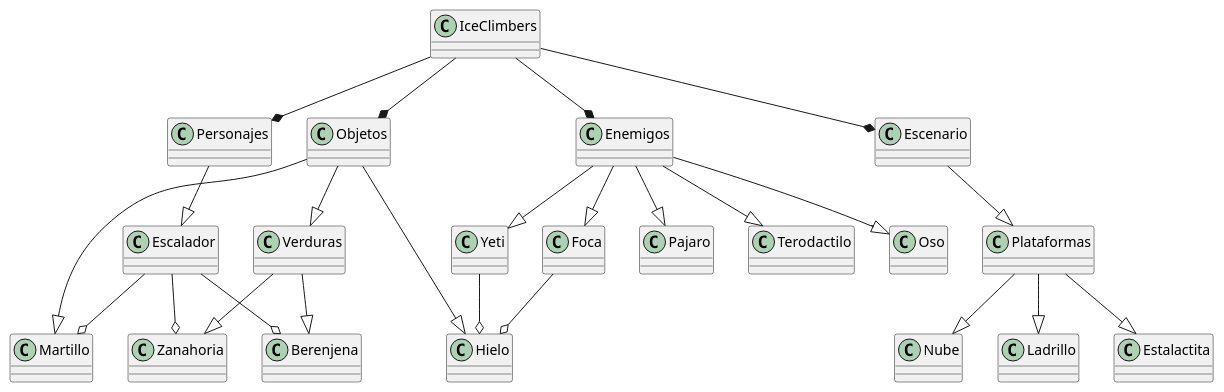
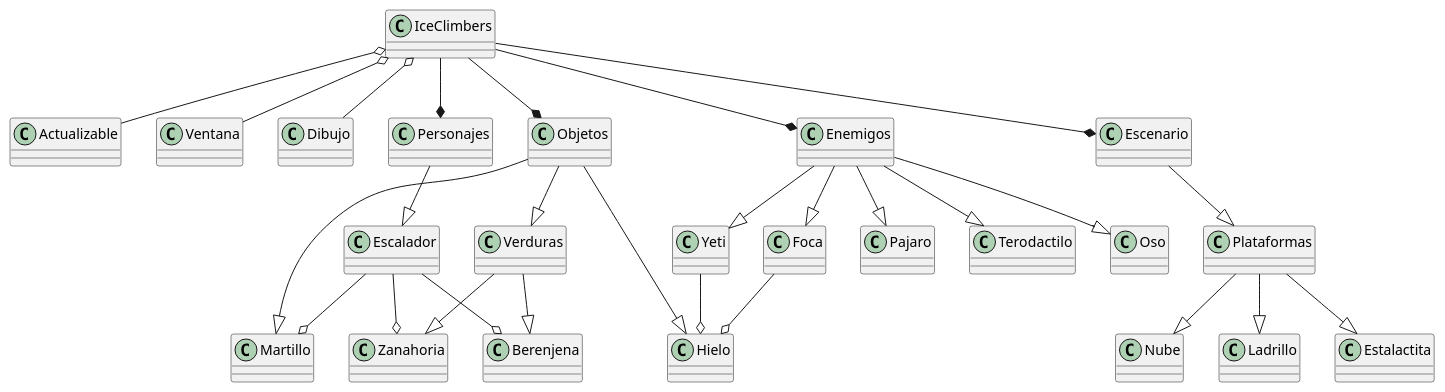
Before and after one commit to IngeOski19/xoskii_: the diagram in docs/Diagrama.puml, drawn with PlantUML. The commit also changed 3 other files, not shown here.

```diff
--- a/docs/Diagrama.puml
+++ b/docs/Diagrama.puml
@@ -1,57 +1,63 @@
 @startuml Si
 
 class IceClimbers
+class Actualizable 
+class Ventana 
+class Dibujo
 class Personajes
 class Enemigos
 class Escalador
 class Yeti
 class Foca 
 class Pajaro
 class Terodactilo
 class Nube
 class Oso
 class Berenjena
 class Zanahoria
 class Verduras
 class Plataformas
 class Ladrillo
 class Estalactita
 class Martillo
 class Hielo 
 class Escenario
 class Objetos
 
 IceClimbers --* Personajes
 IceClimbers --* Escenario
 IceClimbers --* Enemigos
 IceClimbers --* Objetos
+IceClimbers o-- Actualizable
+IceClimbers o-- Ventana
+IceClimbers o-- Dibujo
 
 Personajes --|> Escalador
 
 Escalador --o Martillo
 Escalador --o Berenjena
 Escalador --o Zanahoria
 
 Escenario --|> Plataformas
 
 Objetos --|> Martillo
 Objetos --|> Verduras
 Objetos --|> Hielo
 
 Plataformas --|> Nube
 Plataformas --|> Estalactita
 Plataformas --|> Ladrillo
 
 Verduras --|> Berenjena 
 Verduras --|> Zanahoria
 
 Enemigos --|> Yeti
 Enemigos --|> Oso
 Enemigos --|> Foca
 Enemigos --|> Pajaro
 Enemigos --|> Terodactilo
 
 Yeti --o Hielo
 Foca --o Hielo
 
 @enduml
```
